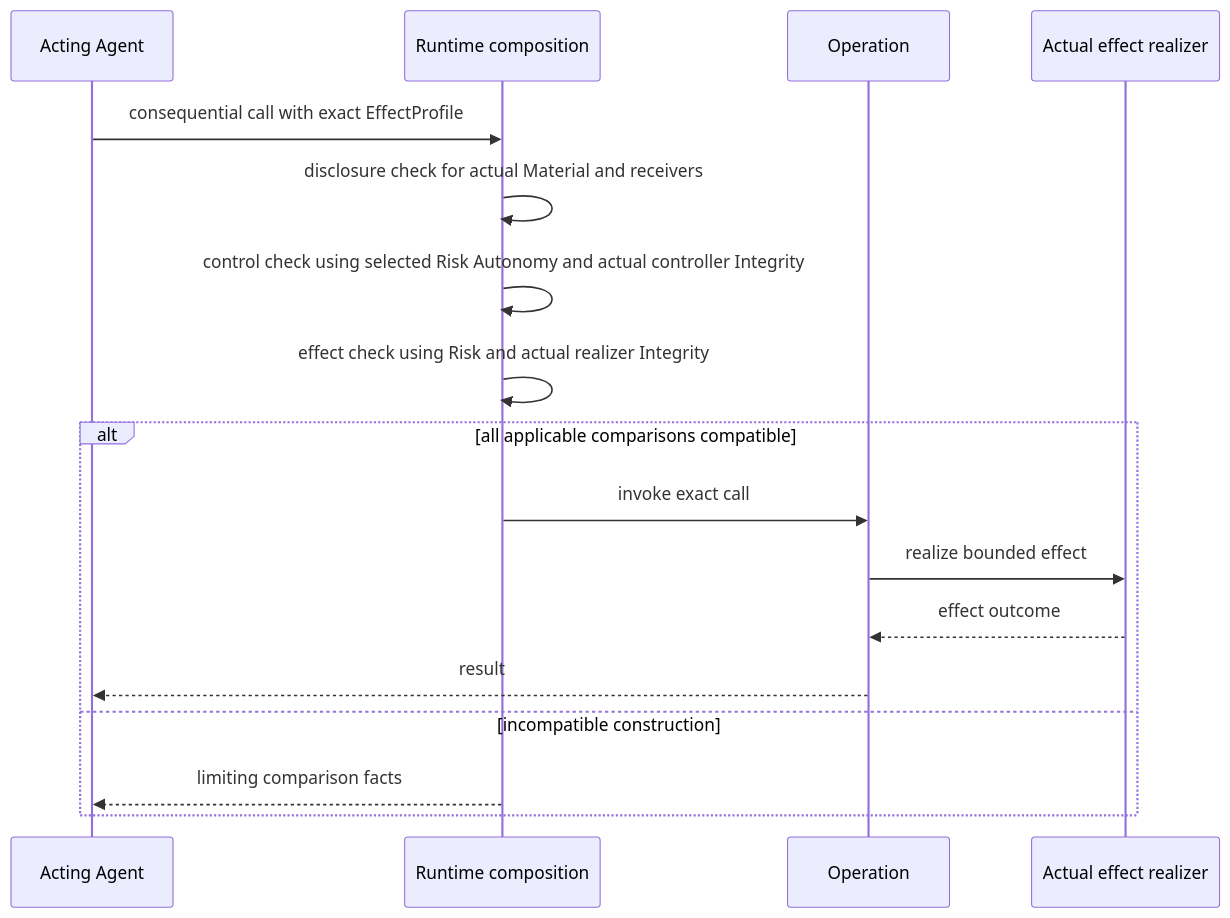
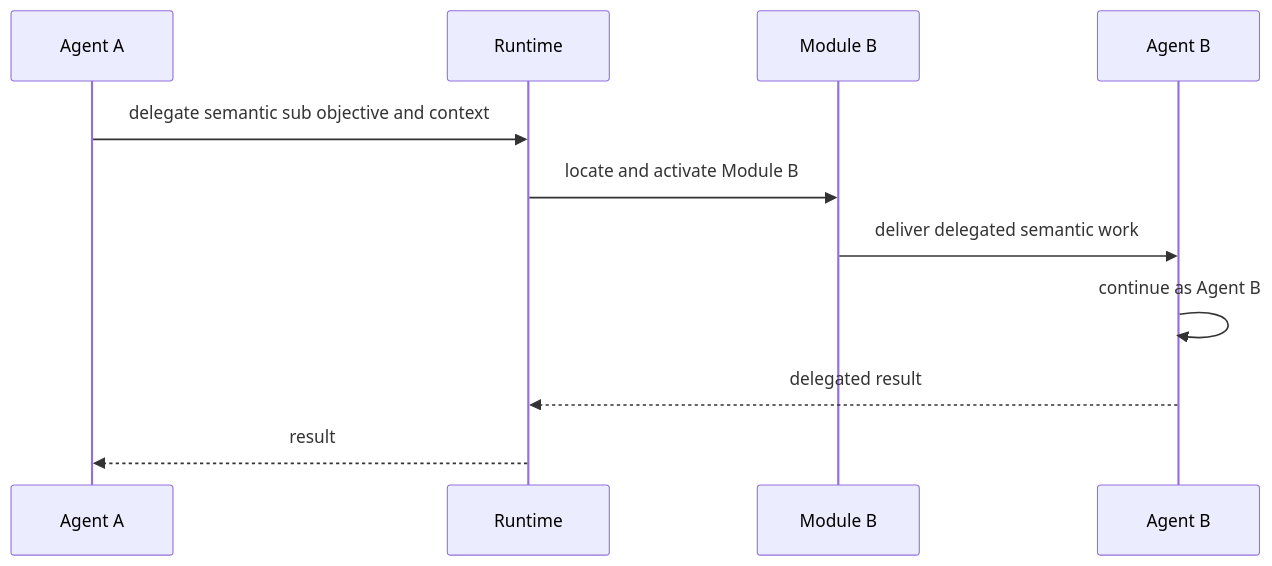
One commit to DidacLL/MADRE changed the fourth of 12 diagrams in docs/architecture/mid-level-architecture.md. Above: the diagram before and after it, drawn with Mermaid. The commit also changed other lines of this file, not shown here.

Commit message:
docs: align mid-level architecture with final SPIRA model

````diff
--- a/docs/architecture/mid-level-architecture.md
+++ b/docs/architecture/mid-level-architecture.md
@@ -275,20 +136,14 @@
 ```mermaid
 sequenceDiagram
-    participant A as Acting Agent
-    participant R as Runtime composition
-    participant O as Operation
-    participant X as Actual effect realizer
+    participant A as Agent A
+    participant R as Runtime
+    participant B as Module B
+    participant C as Agent B
 
-    A->>R: consequential call with exact EffectProfile
-    R->>R: disclosure check for actual Material and receivers
-    R->>R: control check using selected Risk Autonomy and actual controller Integrity
-    R->>R: effect check using Risk and actual realizer Integrity
-    alt all applicable comparisons compatible
-        R->>O: invoke exact call
-        O->>X: realize bounded effect
-        X-->>O: effect outcome
-        O-->>A: result
-    else incompatible construction
-        R-->>A: limiting comparison facts
-    end
+    A->>R: delegate semantic sub objective and context
+    R->>B: locate and activate Module B
+    B->>C: deliver delegated semantic work
+    C->>C: continue as Agent B
+    C-->>R: delegated result
+    R-->>A: result
 ```
````
